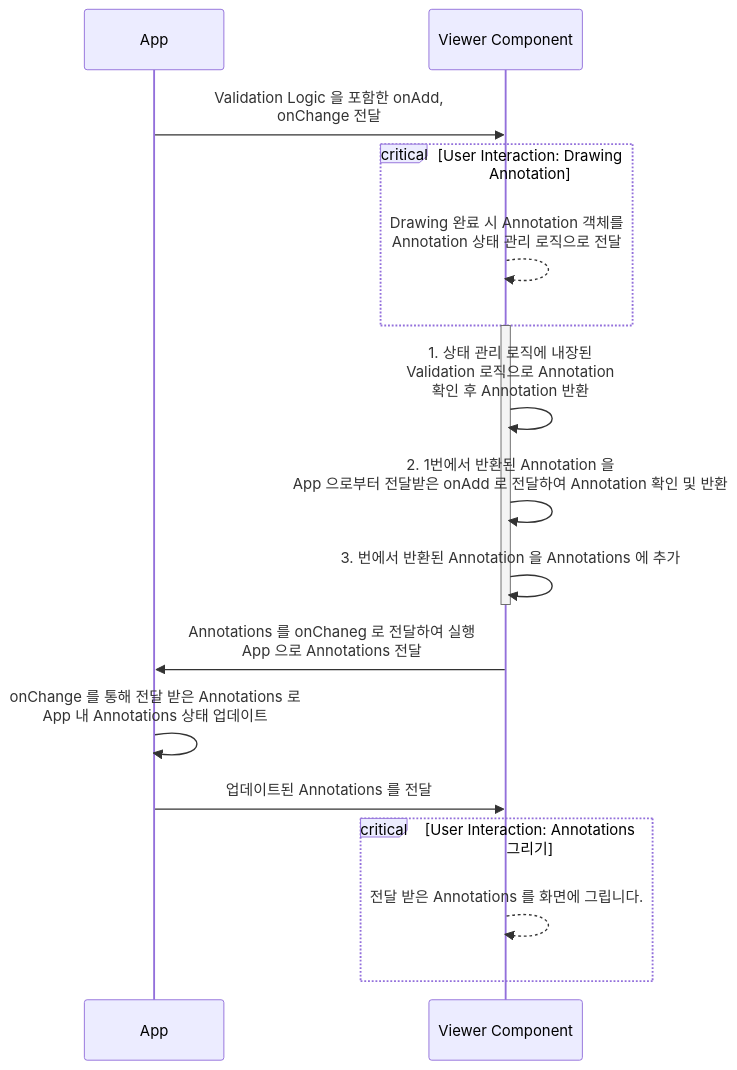
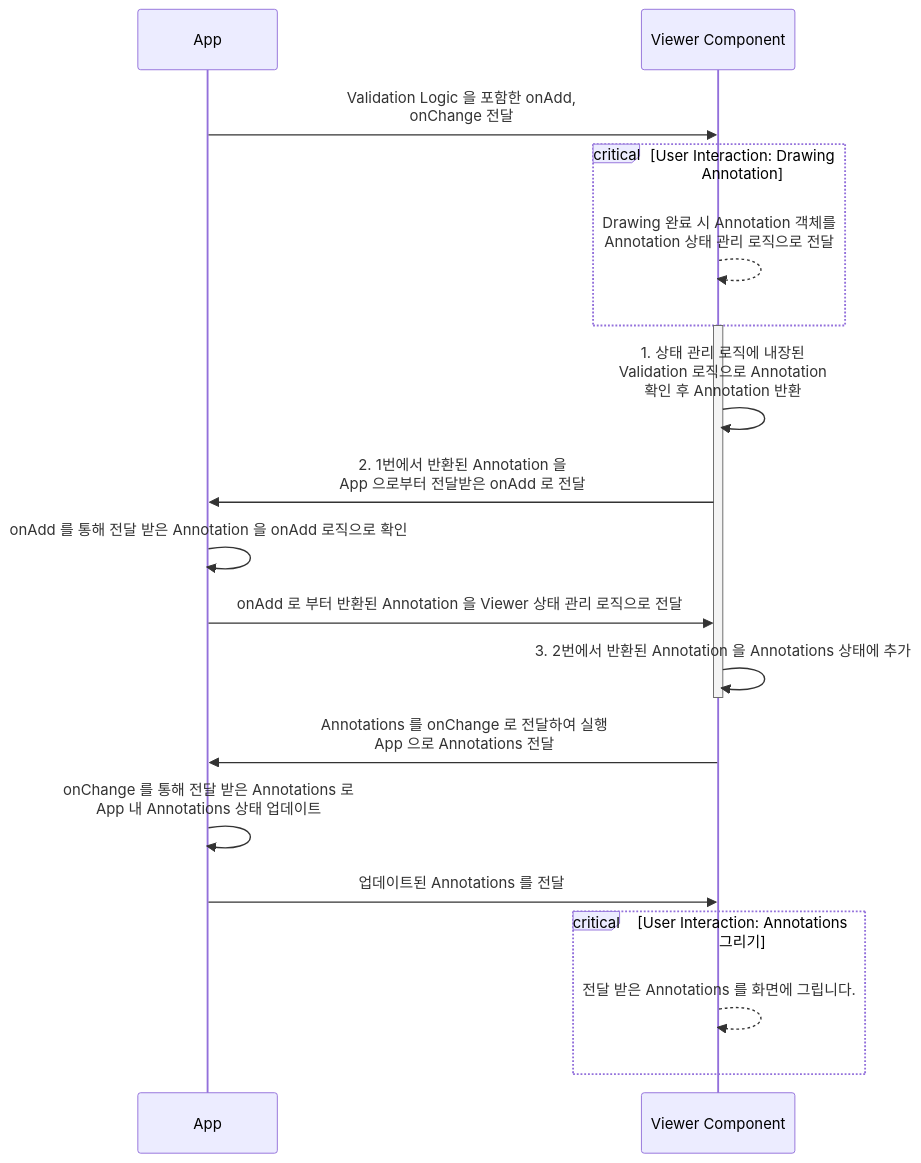
One commit to lunit-io/insight-viewer changed the second of 2 diagrams in rfcs/0003_AnnotationOverlay_onChange.md. Above: the diagram before and after it, drawn with Mermaid.

Commit message:
docs(root): update sequence diagram about onAdd flow

````diff
--- a/rfcs/0003_AnnotationOverlay_onChange.md
+++ b/rfcs/0003_AnnotationOverlay_onChange.md
@@ -209,18 +209,20 @@
 ```mermaid
-  sequenceDiagram
-      App->>Viewer Component: Validation Logic 을 포함한 onAdd,<br/> onChange 전달
-      critical User Interaction: Drawing Annotation
-      Viewer Component-->>Viewer Component: Drawing 완료 시 Annotation 객체를<br /> Annotation 상태 관리 로직으로 전달
-      end
-      activate Viewer Component
-      Viewer Component->>Viewer Component: 1. 상태 관리 로직에 내장된<br /> Validation 로직으로 Annotation<br /> 확인 후 Annotation 반환
-      Viewer Component->>Viewer Component: 2. 1번에서 반환된 Annotation 을 <br /> App 으로부터 전달받은 onAdd 로 전달하여 Annotation 확인 및 반환
-      Viewer Component->>Viewer Component: 3. 번에서 반환된 Annotation 을 Annotations 에 추가
-      deactivate Viewer Component
-      Viewer Component->>App: Annotations 를 onChaneg 로 전달하여 실행<br /> App 으로 Annotations 전달
-      App->>App: onChange 를 통해 전달 받은 Annotations 로<br />App 내 Annotations 상태 업데이트
-      App->>Viewer Component: 업데이트된 Annotations 를 전달
-      critical User Interaction: Annotations 그리기
-      Viewer Component-->>Viewer Component: 전달 받은 Annotations 를 화면에 그립니다.
-      end
+sequenceDiagram
+    App->>Viewer Component: Validation Logic 을 포함한 onAdd,<br/> onChange 전달
+    critical User Interaction: Drawing Annotation
+    Viewer Component-->>Viewer Component: Drawing 완료 시 Annotation 객체를<br /> Annotation 상태 관리 로직으로 전달
+    end
+    activate Viewer Component
+    Viewer Component->>Viewer Component: 1. 상태 관리 로직에 내장된<br /> Validation 로직으로 Annotation<br /> 확인 후 Annotation 반환
+    Viewer Component->> App: 2. 1번에서 반환된 Annotation 을 <br /> App 으로부터 전달받은 onAdd 로 전달
+    App->>App: onAdd 를 통해 전달 받은 Annotation 을 onAdd 로직으로 확인
+    App->>Viewer Component: onAdd 로 부터 반환된 Annotation 을 Viewer 상태 관리 로직으로 전달
+    Viewer Component->>Viewer Component: 3. 2번에서 반환된 Annotation 을 Annotations 상태에 추가
+    deactivate Viewer Component
+    Viewer Component->>App: Annotations 를 onChange 로 전달하여 실행<br /> App 으로 Annotations 전달
+    App->>App: onChange 를 통해 전달 받은 Annotations 로<br />App 내 Annotations 상태 업데이트
+    App->>Viewer Component: 업데이트된 Annotations 를 전달
+    critical User Interaction: Annotations 그리기
+    Viewer Component-->>Viewer Component: 전달 받은 Annotations 를 화면에 그립니다.
+    end
 ```
````
